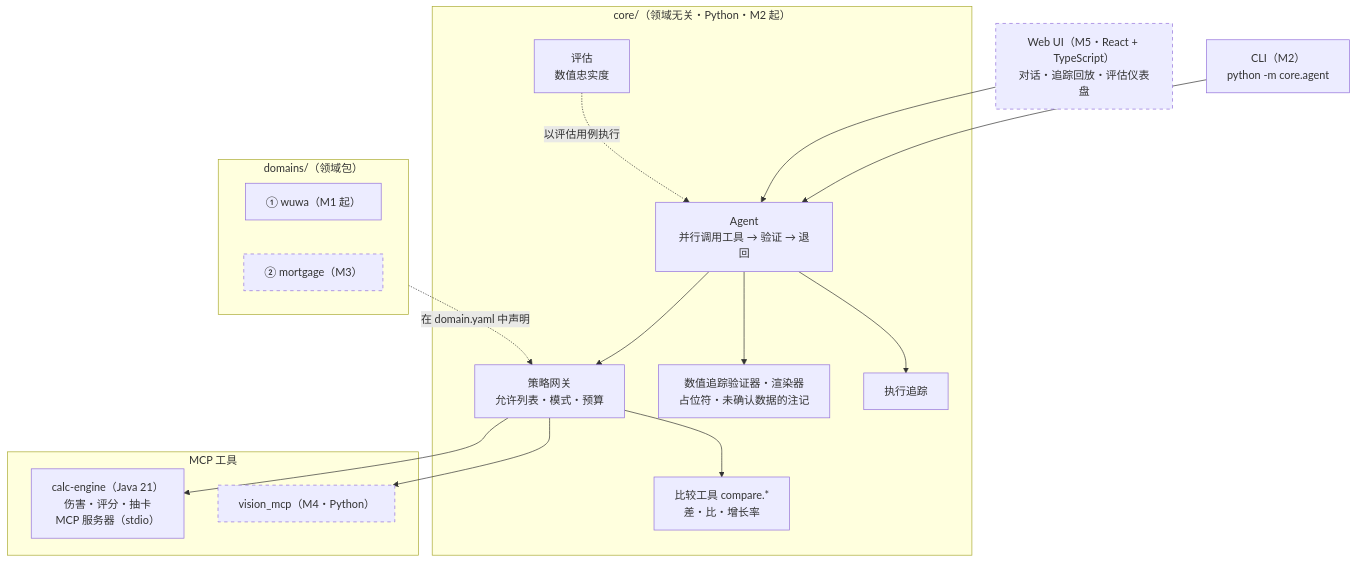
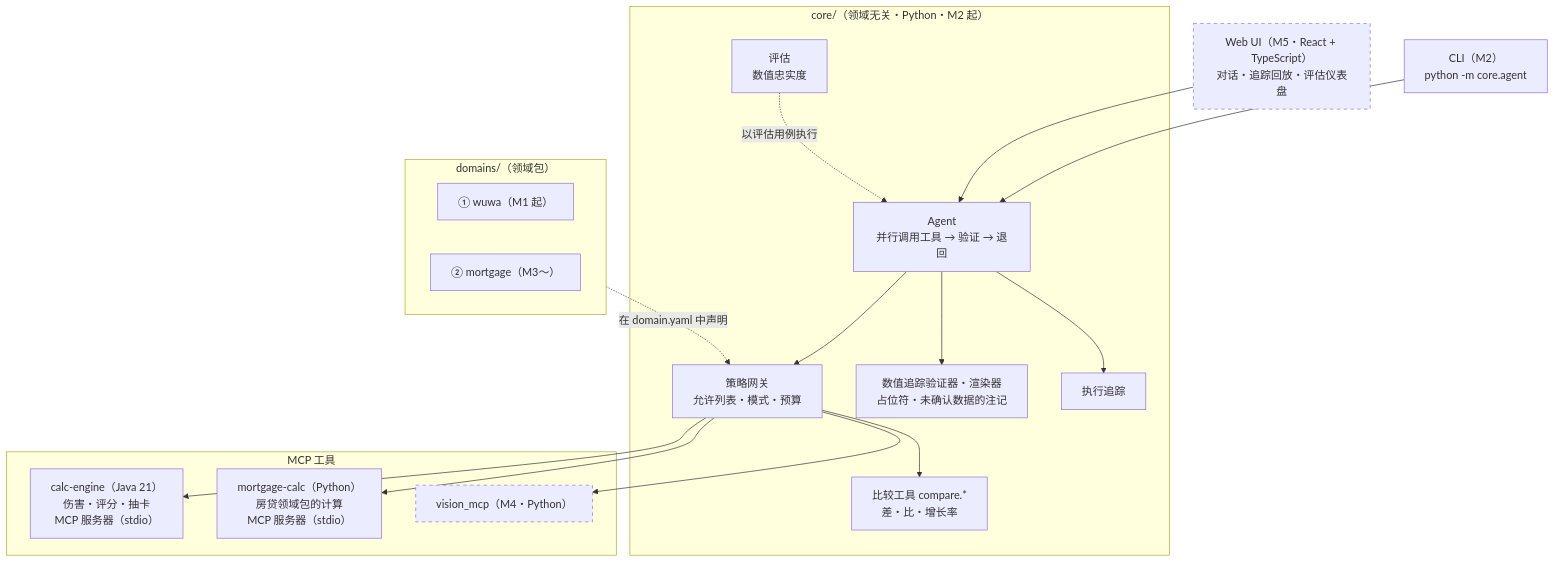
One commit to hexinlong9981/echolab changed the first of 2 diagrams in docs/architecture.zh-CN.md. Above: the diagram before and after it, drawn with Mermaid. The commit also changed other lines of this file and 41 other files, not shown here.

````diff
--- a/docs/architecture.zh-CN.md
+++ b/docs/architecture.zh-CN.md
@@ -13,31 +13,32 @@
 ```mermaid
 flowchart TB
   CLI["CLI（M2）<br/>python -m core.agent"]
   UI["Web UI（M5・React + TypeScript）<br/>对话・追踪回放・评估仪表盘"]
   subgraph core["core/（领域无关・Python・M2 起）"]
     AG["Agent<br/>并行调用工具 → 验证 → 退回"]
     GW["策略网关<br/>允许列表・模式・预算"]
     VF["数值追踪验证器・渲染器<br/>占位符・未确认数据的注记"]
     CMP["比较工具 compare.*<br/>差・比・增长率"]
     EV["评估<br/>数值忠实度"]
     TR["执行追踪"]
   end
   subgraph tools["MCP 工具"]
     CE["calc-engine（Java 21）<br/>伤害・评分・抽卡<br/>MCP 服务器（stdio）"]
+    MC["mortgage-calc（Python）<br/>房贷领域包的计算<br/>MCP 服务器（stdio）"]
     VM["vision_mcp（M4・Python）"]
   end
   subgraph domains["domains/（领域包）"]
     D1["① wuwa（M1 起）"]
-    D3["② mortgage（M3）"]
+    D3["② mortgage（M3〜）"]
   end
   CLI --> AG
   UI --> AG
-  AG --> GW --> CE & CMP & VM
+  AG --> GW --> CE & MC & CMP & VM
   AG --> VF
   AG --> TR
   domains -. "在 domain.yaml 中声明" .-> GW
   EV -. "以评估用例执行" .-> AG
 
   classDef planned stroke-dasharray: 5 5
-  class UI,VM,D3 planned
+  class UI,VM planned
 ```
````
